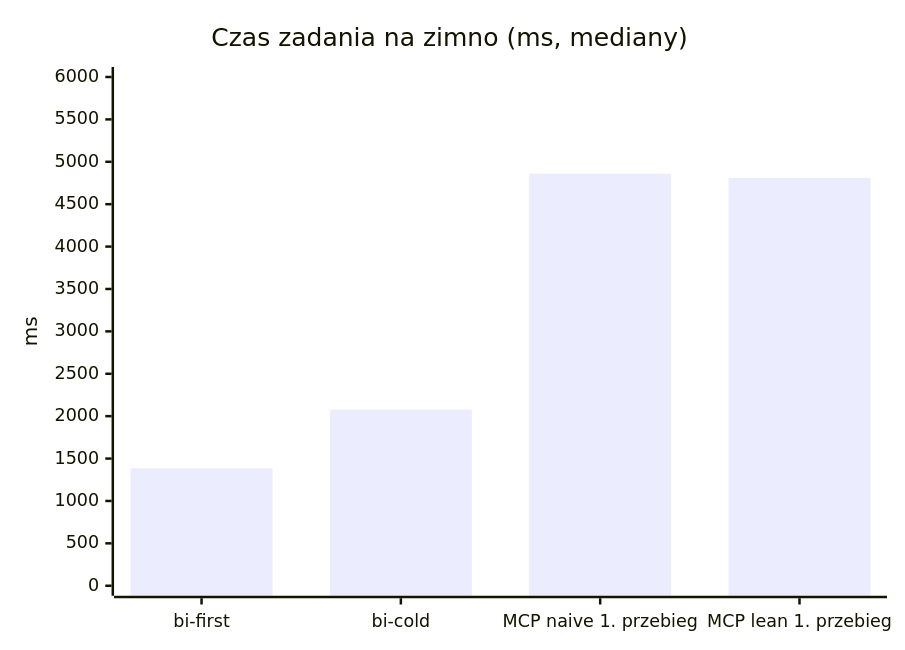
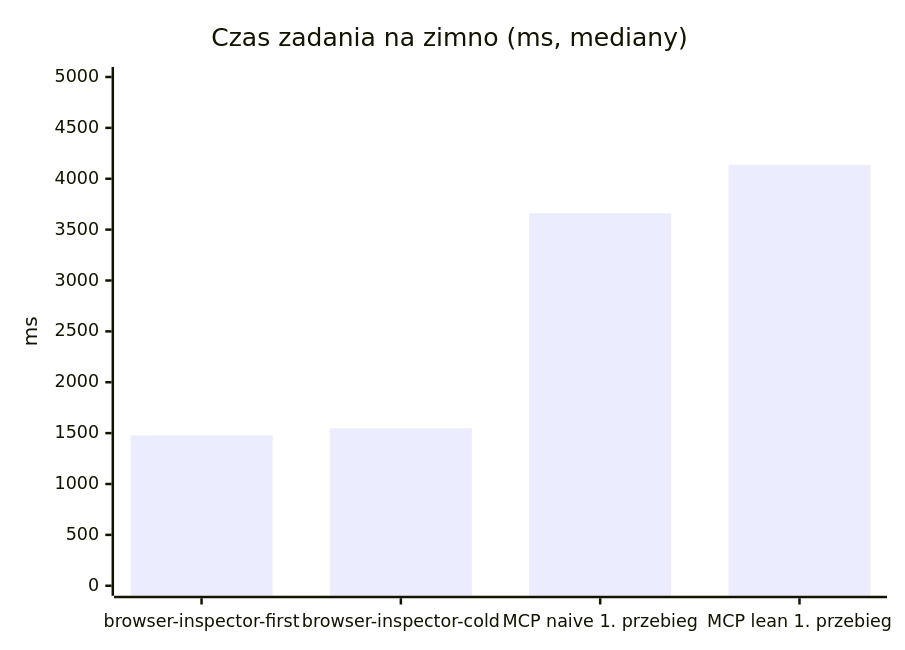
One commit to nowiro/scribe-devtools changed the second of 3 diagrams in bench/RAPORT.md. Above: the diagram before and after it, drawn with Mermaid. The commit also changed other lines of this file and 76 other files, not shown here.

First line of the commit message:
feat!: pelna nazwa browser-inspector zamiast skrotu bi — binarka, zmienne, keeper, bench, docs

````diff
--- a/bench/RAPORT.md
+++ b/bench/RAPORT.md
@@ -35,7 +35,7 @@
 ```mermaid
 xychart-beta
     title "Czas zadania na zimno (ms, mediany)"
-    x-axis ["bi-first", "bi-cold", "MCP naive 1. przebieg", "MCP lean 1. przebieg"]
-    y-axis "ms" 0 --> 6000
-    bar [1385, 2077, 4860, 4810]
+    x-axis ["browser-inspector-first", "browser-inspector-cold", "MCP naive 1. przebieg", "MCP lean 1. przebieg"]
+    y-axis "ms" 0 --> 5000
+    bar [1478, 1548, 3661, 4136]
 ```
````
